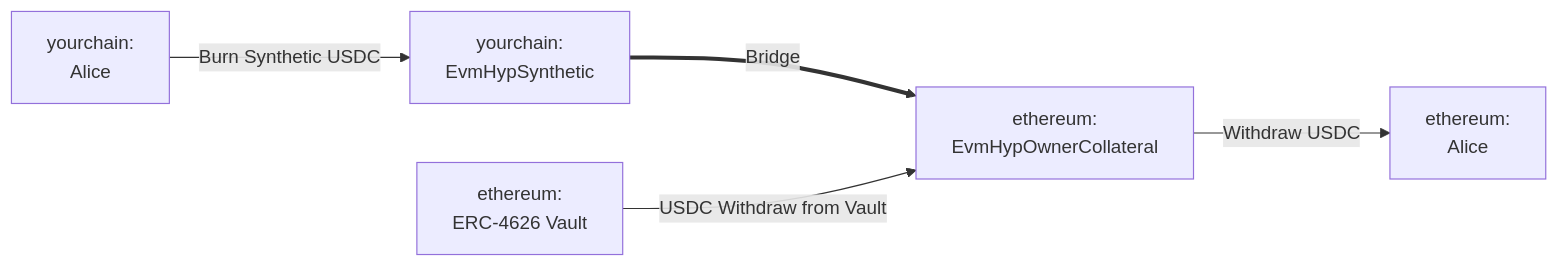
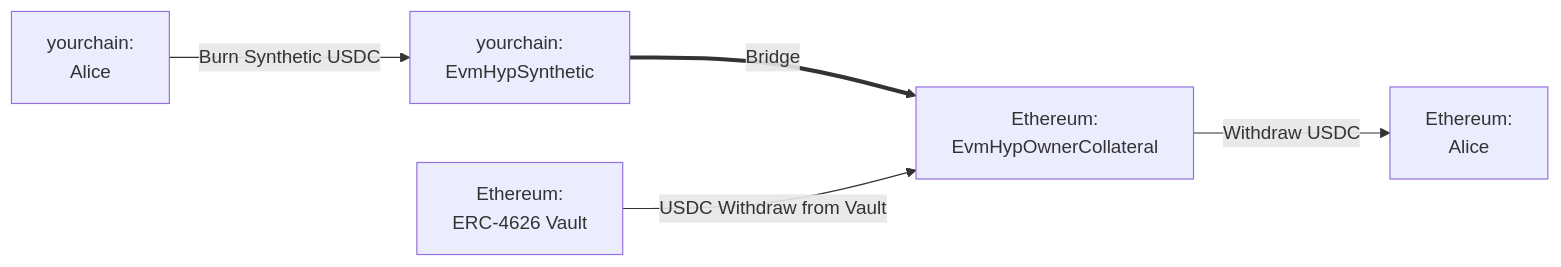
The second of 2 diagrams in docs/protocol/warp-routes/warp-routes-yield-routes.mdx (hyperlane-xyz/v3-docs), drawn with Mermaid before and after one commit. The commit also changed other lines of this file and 1 other file, not shown here.

````diff
--- a/docs/protocol/warp-routes/warp-routes-yield-routes.mdx
+++ b/docs/protocol/warp-routes/warp-routes-yield-routes.mdx
@@ -43,8 +43,8 @@
 ```mermaid
 flowchart LR
     A[yourchain:<br>Alice] -->|Burn Synthetic USDC| B[yourchain:<br>EvmHypSynthetic]
-    B ==>|Bridge| C[ethereum:<br>EvmHypOwnerCollateral]
-    D[ethereum:<br>ERC-4626 Vault] -->|USDC Withdraw from Vault| C
-    C -->|Withdraw USDC| F[ethereum:<br>Alice]
+    B ==>|Bridge| C[Ethereum:<br>EvmHypOwnerCollateral]
+    D[Ethereum:<br>ERC-4626 Vault] -->|USDC Withdraw from Vault| C
+    C -->|Withdraw USDC| F[Ethereum:<br>Alice]
 
 ```
````
